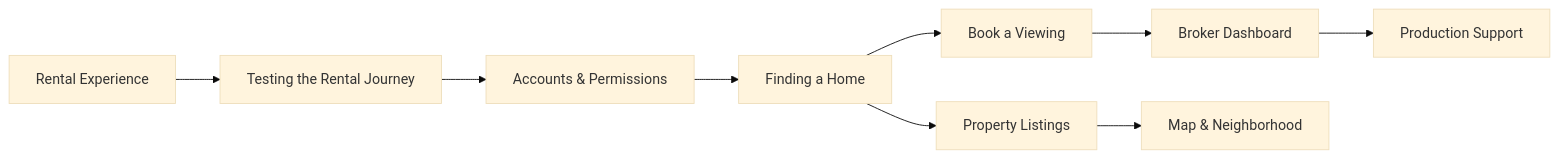
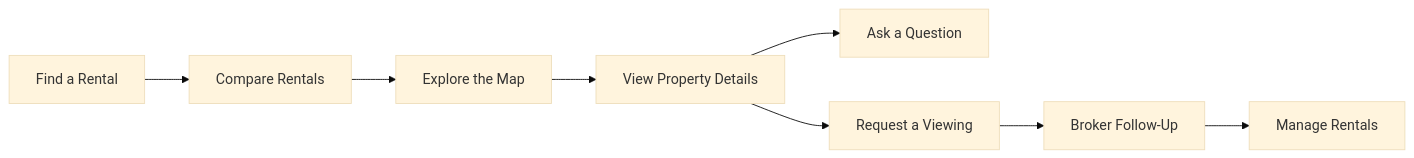
Before and after one commit to amoai-tech/mdeai: the diagram in docs/04-domains/rentals/INDEX.md, drawn with Mermaid (base theme). The commit also changed other lines of this file, not shown here.

Commit message:
docs: organize rentals around real user journey

````diff
--- a/docs/04-domains/rentals/INDEX.md
+++ b/docs/04-domains/rentals/INDEX.md
@@ -64,11 +64,10 @@
 ```mermaid
 flowchart LR
-  A["Rental Experience"] --> B["Testing the Rental Journey"]
-  B --> C["Accounts & Permissions"]
-  C --> D["Finding a Home"]
-  D --> E["Book a Viewing"]
-  E --> F["Broker Dashboard"]
-  D --> G["Property Listings"]
-  G --> H["Map & Neighborhood"]
-  F --> I["Production Support"]
+  A["Find a Rental"] --> B["Compare Rentals"]
+  B --> C["Explore the Map"]
+  C --> D["View Property Details"]
+  D --> E["Ask a Question"]
+  D --> F["Request a Viewing"]
+  F --> G["Broker Follow-Up"]
+  G --> H["Manage Rentals"]
 ```
````
